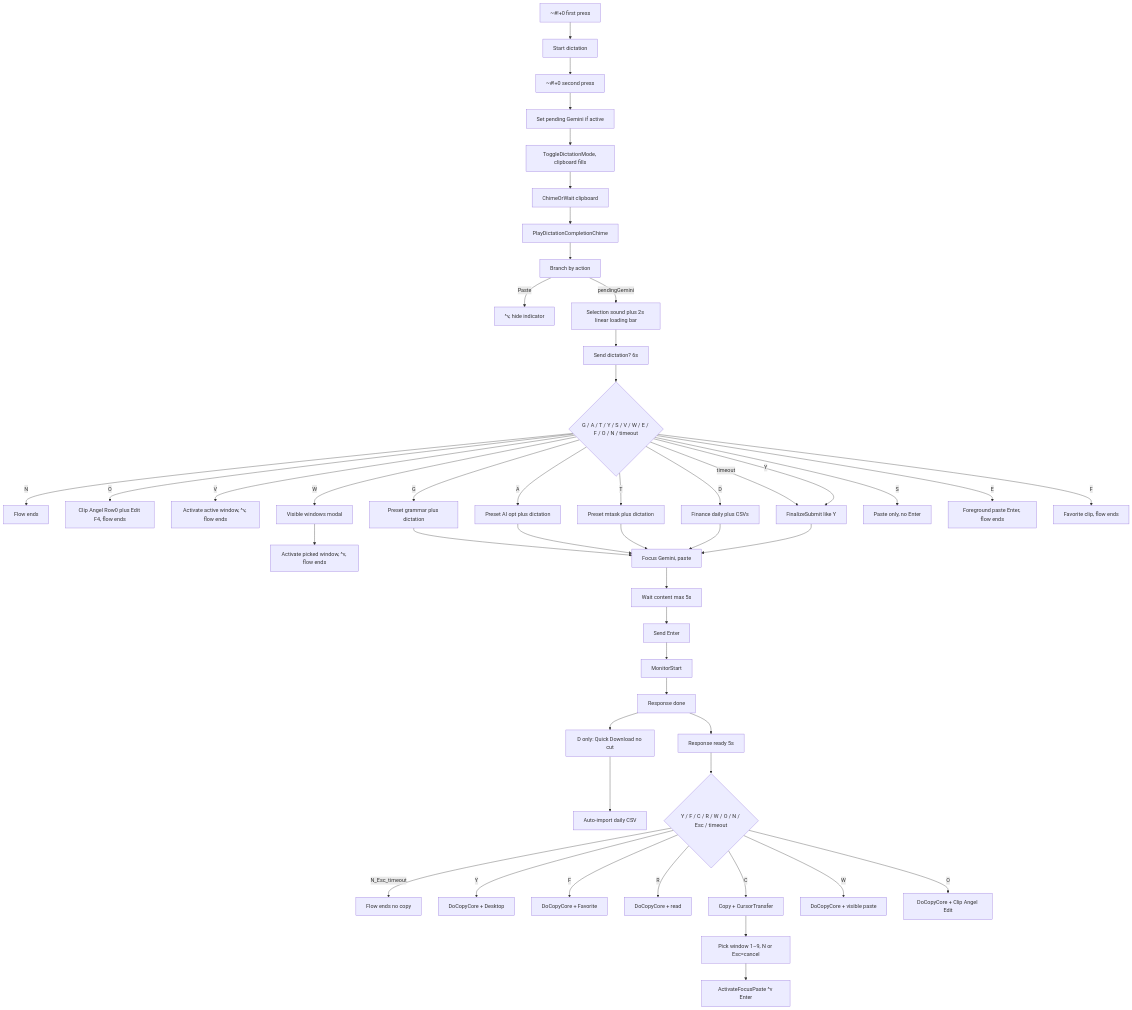
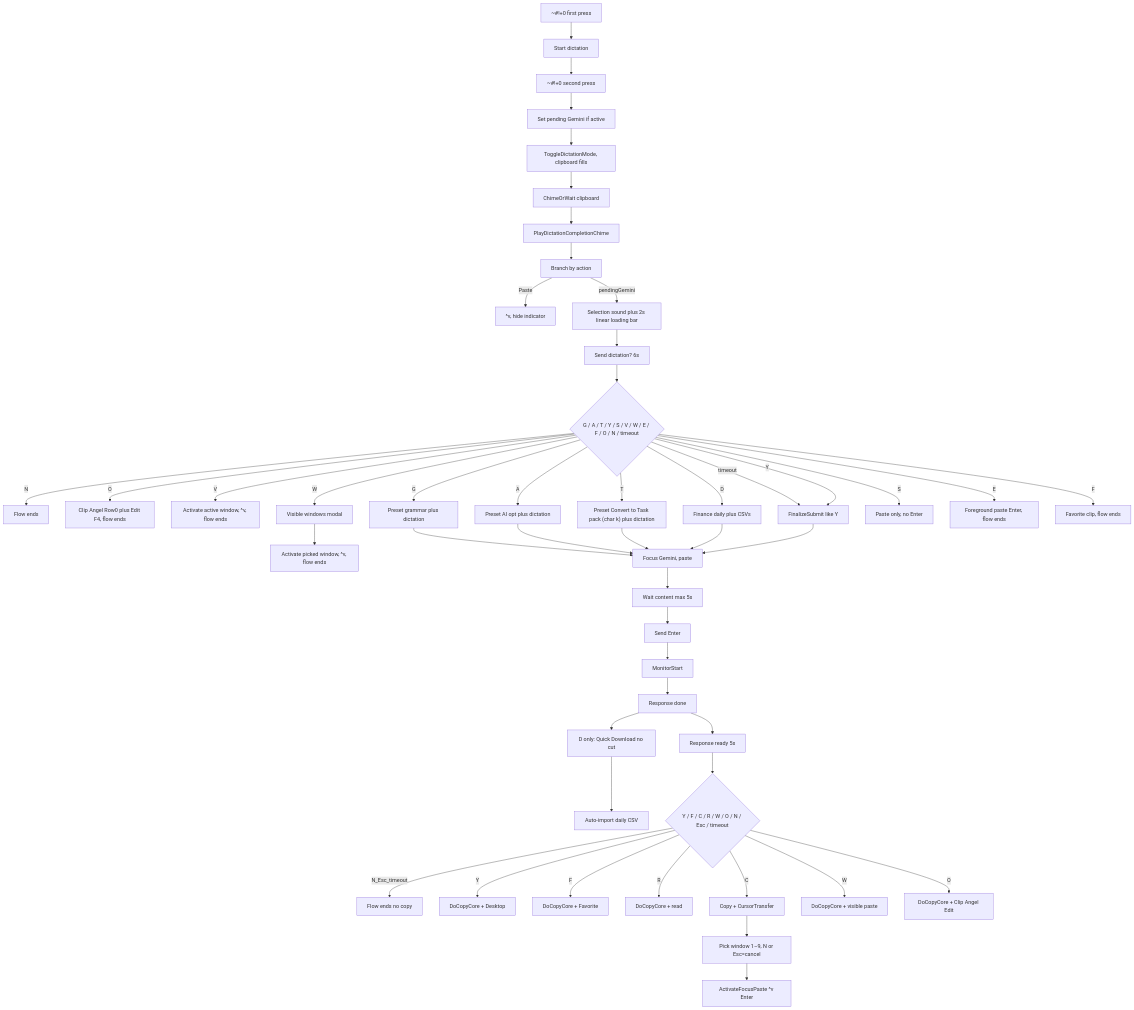
The first of 2 diagrams in docs/dictation-to-gemini-cursor-flow.md (duducm2/scripts), drawn with Mermaid before and after one commit. The commit also changed other lines of this file and 11 other files, not shown here.

````diff
--- a/docs/dictation-to-gemini-cursor-flow.md
+++ b/docs/dictation-to-gemini-cursor-flow.md
@@ -24,52 +24,52 @@
 ```mermaid
 flowchart TB
     H0["~#!+0 first press"]
     H0 --> StartDict["Start dictation"]
     StartDict --> H0Stop["~#!+0 second press"]
     H0Stop --> SetPending["Set pending Gemini if active"]
     SetPending --> ToggleMode["ToggleDictationMode, clipboard fills"]
     ToggleMode --> WaitClip["ChimeOrWait clipboard"]
     WaitClip --> PlayChime["PlayDictationCompletionChime"]
     PlayChime --> Branch["Branch by action"]
     Branch --> |"Paste"| PasteOnly["^v, hide indicator"]
     Branch --> |"pendingGemini"| PreMenu["Selection sound plus 2s linear loading bar"]
     PreMenu --> ShowAndWait["Send dictation? 6s"]
     ShowAndWait --> User6s{"G / A / T / Y / S / V / W / E / F / O / N / timeout"}
     User6s --> |"N"| Stop6s["Flow ends"]
     User6s --> |"O"| ClipAngelOpen["Clip Angel Row0 plus Edit F4, flow ends"]
     User6s --> |"V"| PasteOrig["Activate active window, ^v, flow ends"]
     User6s --> |"W"| VisiblePick["Visible windows modal"]
     VisiblePick --> PasteVisible["Activate picked window, ^v, flow ends"]
     User6s --> |"timeout"| Finalize["FinalizeSubmit like Y"]
     User6s --> |"Y"| Finalize
     User6s --> |"G"| FinalizePreset["Preset grammar plus dictation"]
     User6s --> |"A"| FinalizeAiopt["Preset AI opt plus dictation"]
-    User6s --> |"T"| FinalizeMtask["Preset mtask plus dictation"]
+    User6s --> |"T"| FinalizeTaskPack["Preset Convert to Task pack (char k) plus dictation"]
     User6s --> |"D"| FinalizeFinance["Finance daily plus CSVs"]
     FinalizePreset --> PasteGemini
     FinalizeAiopt --> PasteGemini
-    FinalizeMtask --> PasteGemini
+    FinalizeTaskPack --> PasteGemini
     FinalizeFinance --> PasteGemini
     User6s --> |"S"| PasteOnly6s["Paste only, no Enter"]
     User6s --> |"E"| PasteSendHere["Foreground paste Enter, flow ends"]
     User6s --> |"F"| FavoriteClip["Favorite clip, flow ends"]
     Finalize --> PasteGemini["Focus Gemini, paste"]
     PasteGemini --> WaitContent["Wait content max 5s"]
     WaitContent --> SendEnter["Send Enter"]
     SendEnter --> StartMonitor["MonitorStart"]
     StartMonitor --> ResponseDone["Response done"]
     ResponseDone --> BannerCopy["Response ready 5s"]
     ResponseDone --> WaitFinance["D only: Quick Download no cut"]
     WaitFinance --> ImportDaily["Auto-import daily CSV"]
     BannerCopy --> UserCopy{"Y / F / C / R / W / O / N / Esc / timeout"}
     UserCopy --> |"N_Esc_timeout"| StopCopy["Flow ends no copy"]
     UserCopy --> |"Y"| DoDesktop["DoCopyCore + Desktop"]
     UserCopy --> |"F"| DoFavorite["DoCopyCore + Favorite"]
     UserCopy --> |"R"| DoCopyRead["DoCopyCore + read"]
     UserCopy --> |"C"| DoTransfer["Copy + CursorTransfer"]
     UserCopy --> |"W"| DoPasteWin["DoCopyCore + visible paste"]
     UserCopy --> |"O"| DoClipAngel["DoCopyCore + Clip Angel Edit"]
 
     DoTransfer --> SelectWin["Pick window 1–9, N or Esc=cancel"]
     SelectWin --> ActivatePaste["ActivateFocusPaste ^v Enter"]
 ```
````
